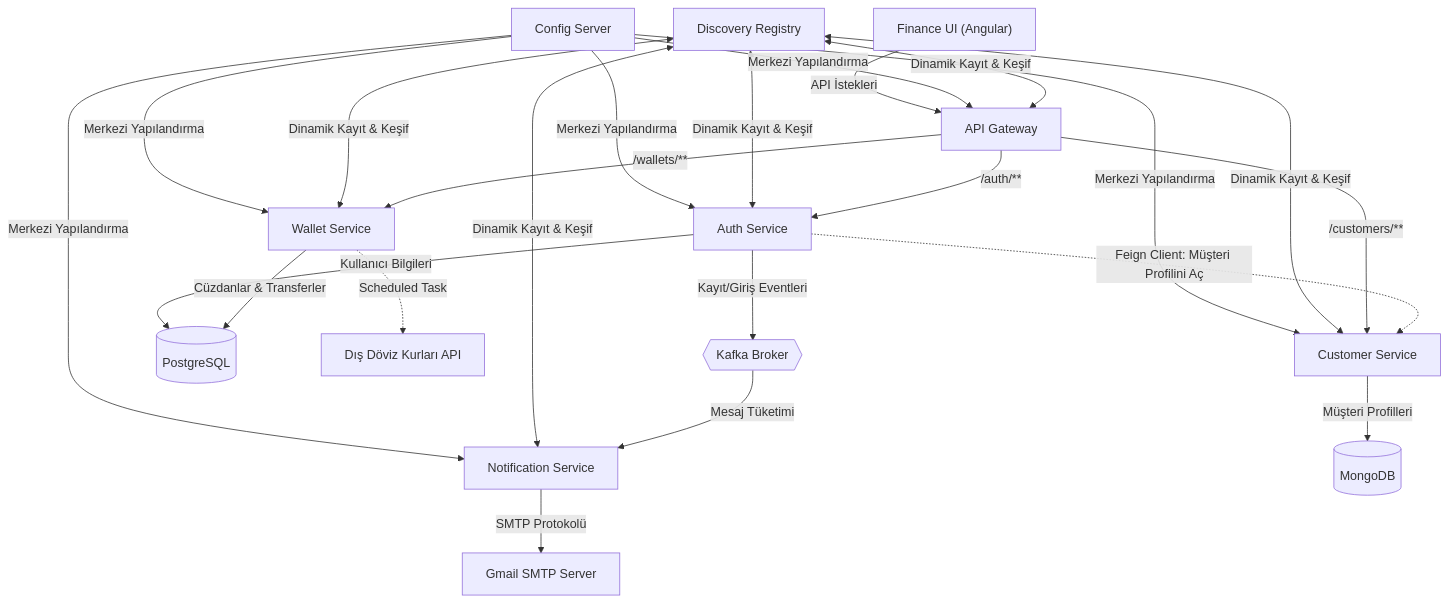
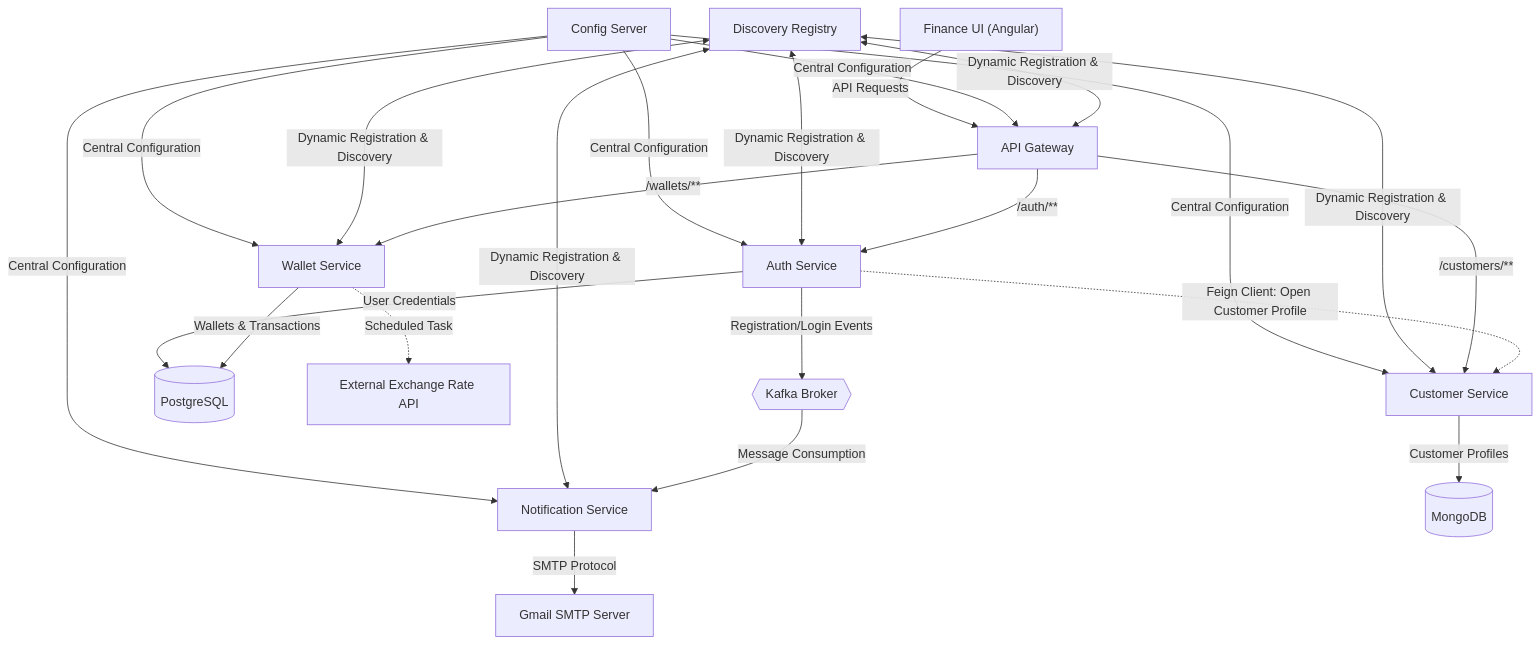
One commit to OmerKocx/finance.og changed the diagram in README.md. Above: the diagram before and after it, drawn with Mermaid. The commit also changed other lines of this file and 109 other files, not shown here.

````diff
--- a/README.md
+++ b/README.md
@@ -11,37 +11,37 @@
 ```mermaid
 graph TD
-    %% İstemci ve Gateway
-    UI["Finance UI (Angular)"] -->|"API İstekleri"| GW[API Gateway]
+    %% Client and Gateway
+    UI["Finance UI (Angular)"] -->|"API Requests"| GW[API Gateway]
 
-    %% Altyapı Servisleri
-    CS[Config Server] -->|"Merkezi Yapılandırma"| GW
-    CS -->|"Merkezi Yapılandırma"| AS[Auth Service]
-    CS -->|"Merkezi Yapılandırma"| CUST[Customer Service]
-    CS -->|"Merkezi Yapılandırma"| WALLET[Wallet Service]
-    CS -->|"Merkezi Yapılandırma"| NOTIF[Notification Service]
+    %% Infrastructure Services
+    CS[Config Server] -->|"Central Configuration"| GW
+    CS -->|"Central Configuration"| AS[Auth Service]
+    CS -->|"Central Configuration"| CUST[Customer Service]
+    CS -->|"Central Configuration"| WALLET[Wallet Service]
+    CS -->|"Central Configuration"| NOTIF[Notification Service]
     
-    DS[Discovery Registry] <-->|"Dinamik Kayıt & Keşif"| GW
-    DS <-->|"Dinamik Kayıt & Keşif"| AS
-    DS <-->|"Dinamik Kayıt & Keşif"| CUST
-    DS <-->|"Dinamik Kayıt & Keşif"| WALLET
-    DS <-->|"Dinamik Kayıt & Keşif"| NOTIF
+    DS[Discovery Registry] <-->|"Dynamic Registration & Discovery"| GW
+    DS <-->|"Dynamic Registration & Discovery"| AS
+    DS <-->|"Dynamic Registration & Discovery"| CUST
+    DS <-->|"Dynamic Registration & Discovery"| WALLET
+    DS <-->|"Dynamic Registration & Discovery"| NOTIF
 
-    %% Gateway Yönlendirmeleri
+    %% Gateway Routing
     GW -->|"/auth/**"| AS
     GW -->|"/customers/**"| CUST
     GW -->|"/wallets/**"| WALLET
 
-    %% Servislerin Veritabanları ve Dış Dünya
-    AS -->|"Kullanıcı Bilgileri"| DB_PG[(PostgreSQL)]
-    CUST -->|"Müşteri Profilleri"| DB_MONGO[(MongoDB)]
-    WALLET -->|"Cüzdanlar & Transferler"| DB_PG[(PostgreSQL)]
-    WALLET -.->|"Scheduled Task"| EXT_API["Dış Döviz Kurları API"]
+    %% Databases and External Services
+    AS -->|"User Credentials"| DB_PG[(PostgreSQL)]
+    CUST -->|"Customer Profiles"| DB_MONGO[(MongoDB)]
+    WALLET -->|"Wallets & Transactions"| DB_PG[(PostgreSQL)]
+    WALLET -.->|"Scheduled Task"| EXT_API["External Exchange Rate API"]
 
-    %% Feign İletişimi
-    AS -.->|"Feign Client: Müşteri Profilini Aç"| CUST
+    %% Feign Communication
+    AS -.->|"Feign Client: Open Customer Profile"| CUST
 
-    %% Asenkron Olay Akışı (Kafka)
-    AS -->|"Kayıt/Giriş Eventleri"| KAFKA{{Kafka Broker}}
-    KAFKA -->|"Mesaj Tüketimi"| NOTIF
-    NOTIF -->|"SMTP Protokolü"| MAIL[Gmail SMTP Server]
+    %% Asynchronous Event Streaming (Kafka)
+    AS -->|"Registration/Login Events"| KAFKA{{Kafka Broker}}
+    KAFKA -->|"Message Consumption"| NOTIF
+    NOTIF -->|"SMTP Protocol"| MAIL[Gmail SMTP Server]
 ```
````
